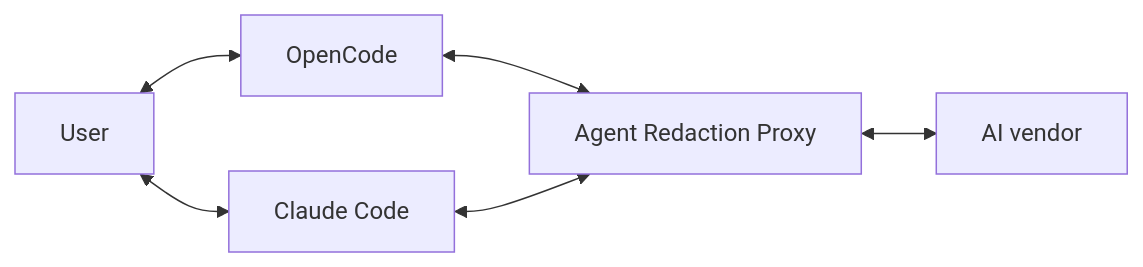
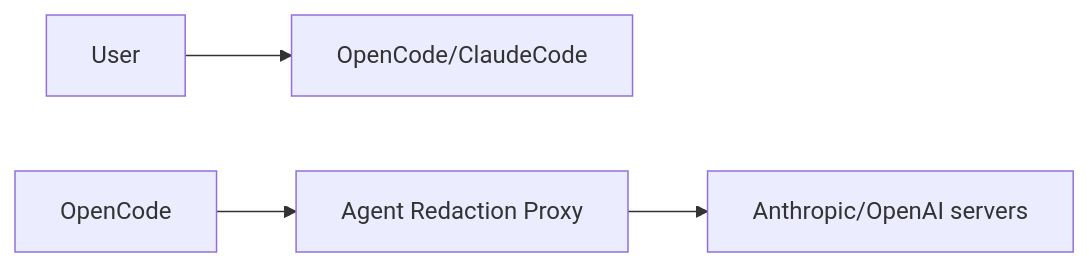
One commit to hamza-cskn/AgentRedactionProxy changed the diagram in README.md. Above: the diagram before and after it, drawn with Mermaid.

Commit message:
Update README topology

````diff
--- a/README.md
+++ b/README.md
@@ -7,8 +7,6 @@
 ```mermaid
 flowchart LR
-    User["User"] <--> OpenCode["OpenCode"]
-    User <--> ClaudeCode["Claude Code"]
-    OpenCode <--> Proxy["Agent Redaction Proxy"]
-    ClaudeCode <--> Proxy
-    Proxy <--> Vendor["AI vendor"]
+    User["User"] --> Interface["OpenCode/ClaudeCode"]
+    OpenCode --> Proxy["Agent Redaction Proxy"]
+    Proxy --> Vendor["Anthropic/OpenAI servers"]
 ```
````
